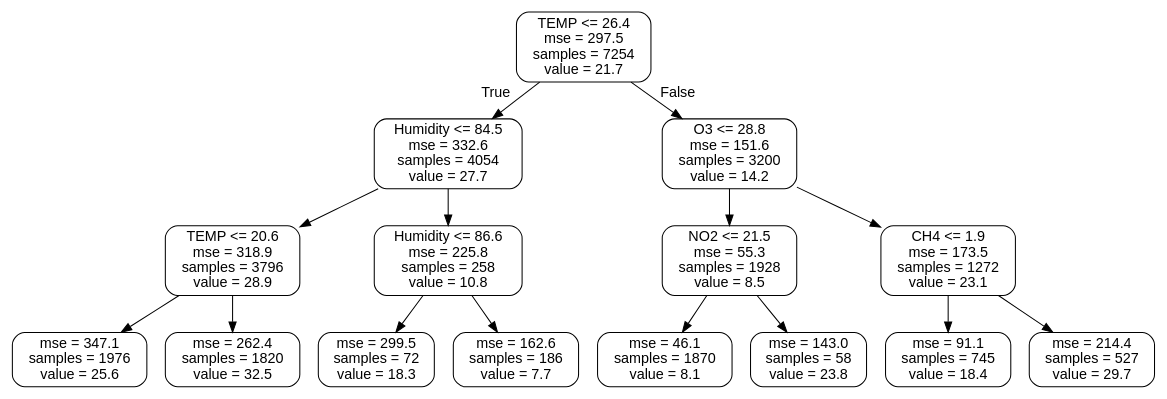
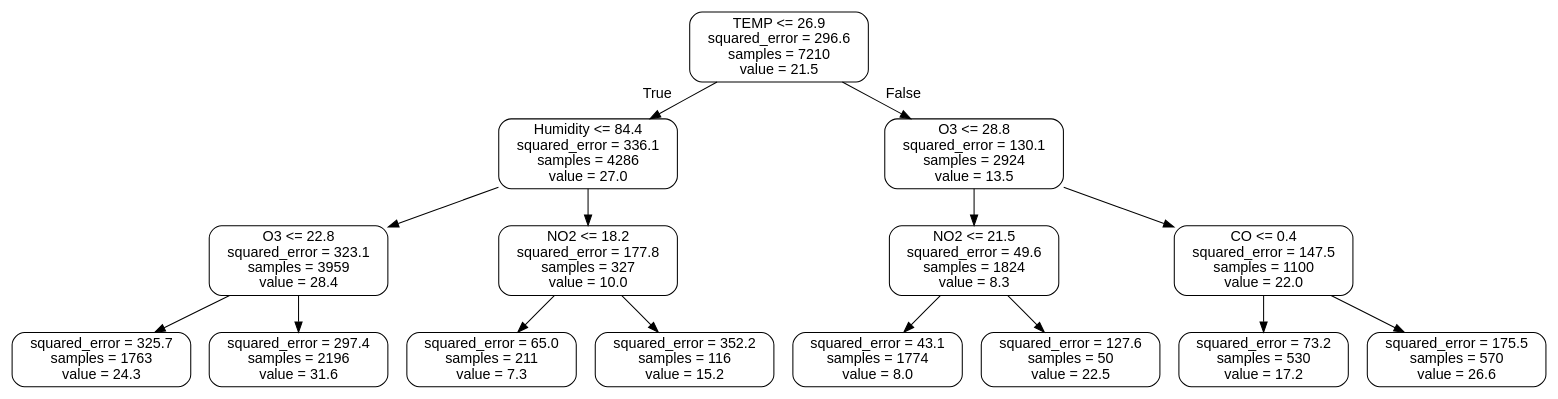
One commit to bunshue/vcs changed the diagram in _4.python/__code/Python-PM2.5-DataAnalyzing-master/各種演算法比較/small_tree222.dot. Above: the diagram before and after it, drawn with Graphviz. The commit also changed 35 other files, not shown here.

```diff
--- a/_4.python/__code/Python-PM2.5-DataAnalyzing-master/各種演算法比較/small_tree222.dot
+++ b/_4.python/__code/Python-PM2.5-DataAnalyzing-master/各種演算法比較/small_tree222.dot
@@ -1,33 +1,33 @@
 digraph Tree {
-node [shape=box, style="rounded", color="black", fontname=helvetica] ;
-edge [fontname=helvetica] ;
-0 [label="TEMP <= 26.4\nmse = 297.5\nsamples = 7254\nvalue = 21.7"] ;
-1 [label="Humidity <= 84.5\nmse = 332.6\nsamples = 4054\nvalue = 27.7"] ;
+node [shape=box, style="rounded", color="black", fontname="helvetica"] ;
+edge [fontname="helvetica"] ;
+0 [label="TEMP <= 26.9\nsquared_error = 296.6\nsamples = 7210\nvalue = 21.5"] ;
+1 [label="Humidity <= 84.4\nsquared_error = 336.1\nsamples = 4286\nvalue = 27.0"] ;
 0 -> 1 [labeldistance=2.5, labelangle=45, headlabel="True"] ;
-2 [label="TEMP <= 20.6\nmse = 318.9\nsamples = 3796\nvalue = 28.9"] ;
+2 [label="O3 <= 22.8\nsquared_error = 323.1\nsamples = 3959\nvalue = 28.4"] ;
 1 -> 2 ;
-3 [label="mse = 347.1\nsamples = 1976\nvalue = 25.6"] ;
+3 [label="squared_error = 325.7\nsamples = 1763\nvalue = 24.3"] ;
 2 -> 3 ;
-4 [label="mse = 262.4\nsamples = 1820\nvalue = 32.5"] ;
+4 [label="squared_error = 297.4\nsamples = 2196\nvalue = 31.6"] ;
 2 -> 4 ;
-5 [label="Humidity <= 86.6\nmse = 225.8\nsamples = 258\nvalue = 10.8"] ;
+5 [label="NO2 <= 18.2\nsquared_error = 177.8\nsamples = 327\nvalue = 10.0"] ;
 1 -> 5 ;
-6 [label="mse = 299.5\nsamples = 72\nvalue = 18.3"] ;
+6 [label="squared_error = 65.0\nsamples = 211\nvalue = 7.3"] ;
 5 -> 6 ;
-7 [label="mse = 162.6\nsamples = 186\nvalue = 7.7"] ;
+7 [label="squared_error = 352.2\nsamples = 116\nvalue = 15.2"] ;
 5 -> 7 ;
-8 [label="O3 <= 28.8\nmse = 151.6\nsamples = 3200\nvalue = 14.2"] ;
+8 [label="O3 <= 28.8\nsquared_error = 130.1\nsamples = 2924\nvalue = 13.5"] ;
 0 -> 8 [labeldistance=2.5, labelangle=-45, headlabel="False"] ;
-9 [label="NO2 <= 21.5\nmse = 55.3\nsamples = 1928\nvalue = 8.5"] ;
+9 [label="NO2 <= 21.5\nsquared_error = 49.6\nsamples = 1824\nvalue = 8.3"] ;
 8 -> 9 ;
-10 [label="mse = 46.1\nsamples = 1870\nvalue = 8.1"] ;
+10 [label="squared_error = 43.1\nsamples = 1774\nvalue = 8.0"] ;
 9 -> 10 ;
-11 [label="mse = 143.0\nsamples = 58\nvalue = 23.8"] ;
+11 [label="squared_error = 127.6\nsamples = 50\nvalue = 22.5"] ;
 9 -> 11 ;
-12 [label="CH4 <= 1.9\nmse = 173.5\nsamples = 1272\nvalue = 23.1"] ;
+12 [label="CO <= 0.4\nsquared_error = 147.5\nsamples = 1100\nvalue = 22.0"] ;
 8 -> 12 ;
-13 [label="mse = 91.1\nsamples = 745\nvalue = 18.4"] ;
+13 [label="squared_error = 73.2\nsamples = 530\nvalue = 17.2"] ;
 12 -> 13 ;
-14 [label="mse = 214.4\nsamples = 527\nvalue = 29.7"] ;
+14 [label="squared_error = 175.5\nsamples = 570\nvalue = 26.6"] ;
 12 -> 14 ;
 }
```
